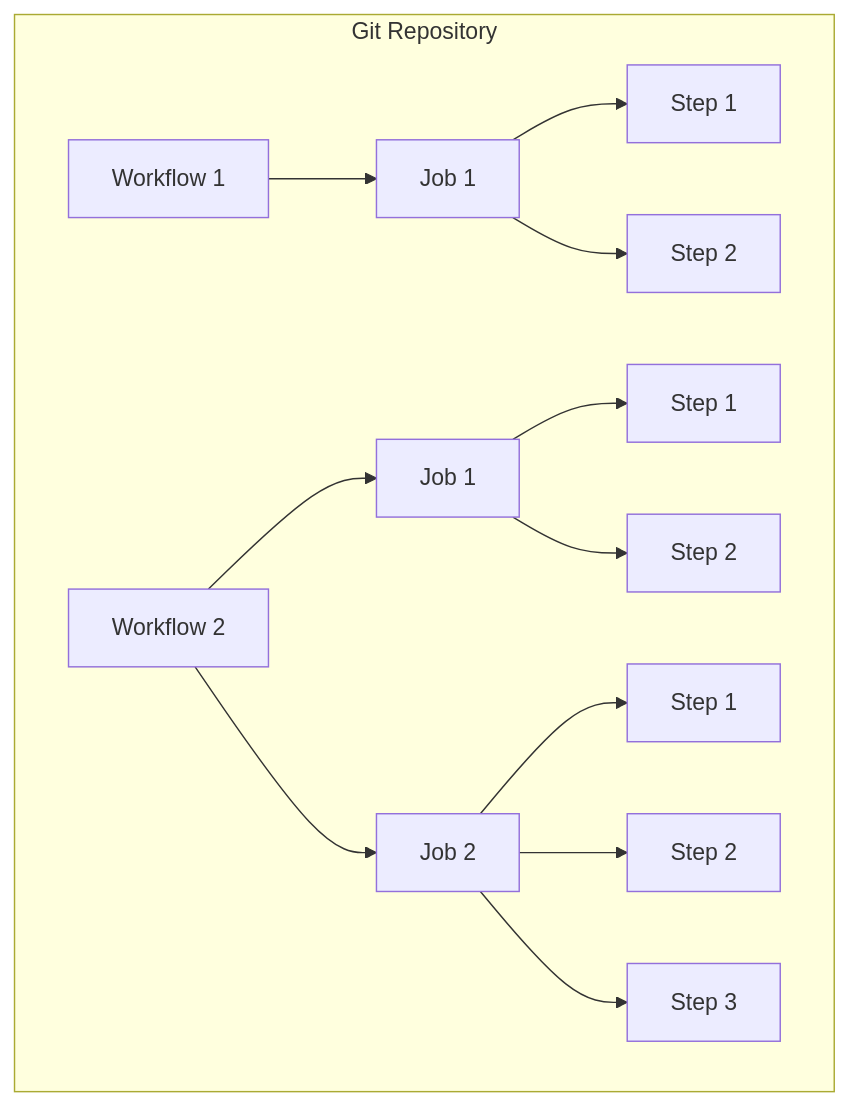
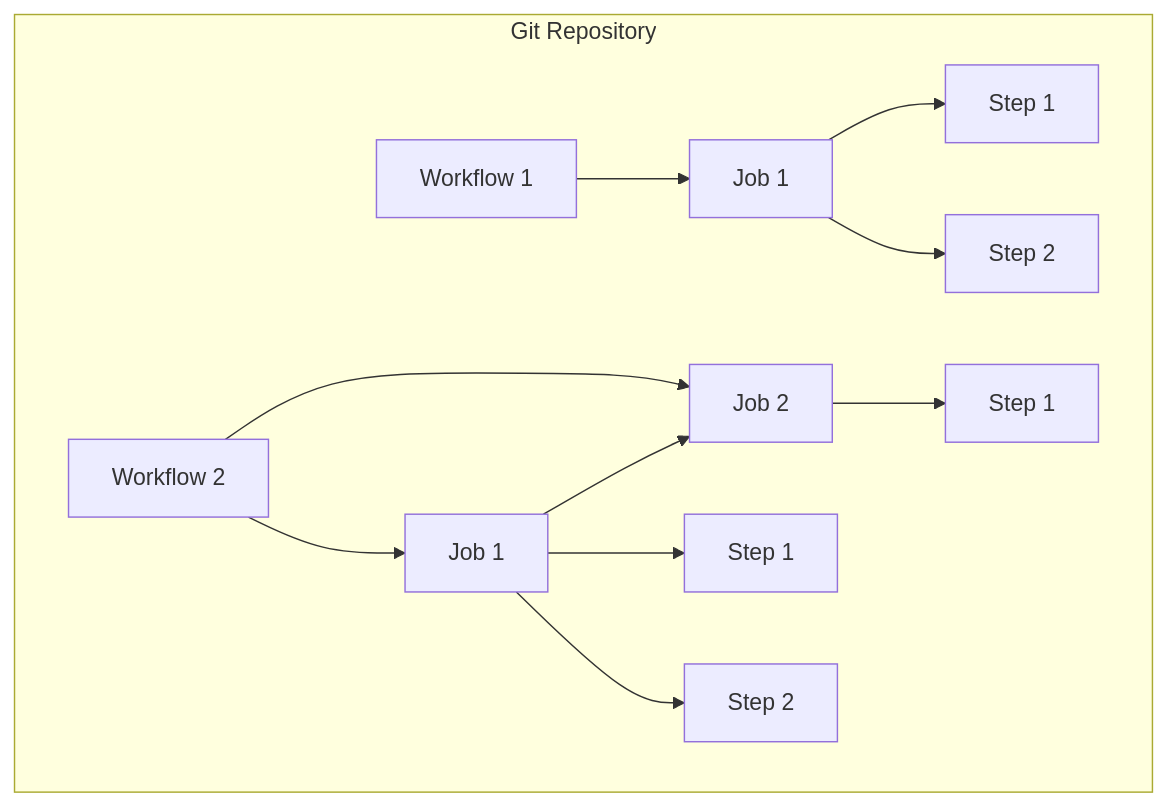
Before and after one commit to rtdevx/rtdevx.github.io: the first of 2 diagrams in content/posts/training/GitHub/GitHub Actions - The Complete Guide/03-github-actions-fundamentals/index.md, drawn with Mermaid.

Commit message:
Obsidian sync: 2025-12-08 16:13:16

```diff
--- a/content/posts/training/GitHub/GitHub Actions - The Complete Guide/03-github-actions-fundamentals/index.md
+++ b/content/posts/training/GitHub/GitHub Actions - The Complete Guide/03-github-actions-fundamentals/index.md
@@ -20,22 +20,21 @@
 {{< mermaid >}}
 flowchart TD
     subgraph Repo[Git Repository]
     %% Workflow 1
     A[Workflow 1] --> B[Job 1]
     B --> C[Step 1]
     B --> D[Step 2]
 
     %% Workflow 2
     E[Workflow 2] --> F[Job 1]
     E --> I[Job 2]
+    F --> I[Job 2]
 
     %% Steps for Job 1
     F --> G[Step 1]
     F --> H[Step 2]
 
     %% Steps for Job 2
     I --> J[Step 1]
-    I --> K[Step 2]
-    I --> L[Step 3]
     end
 {{< /mermaid >}}
```
